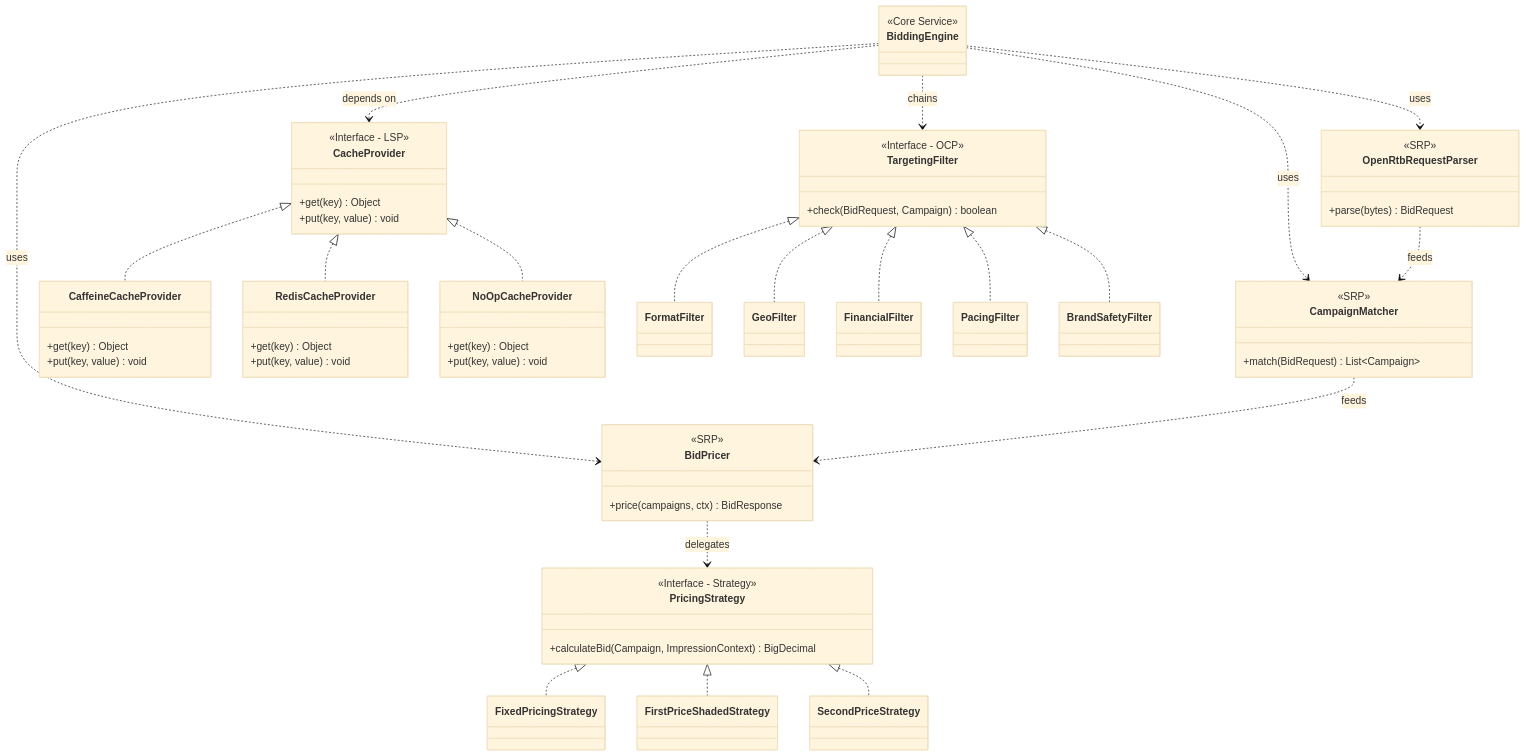
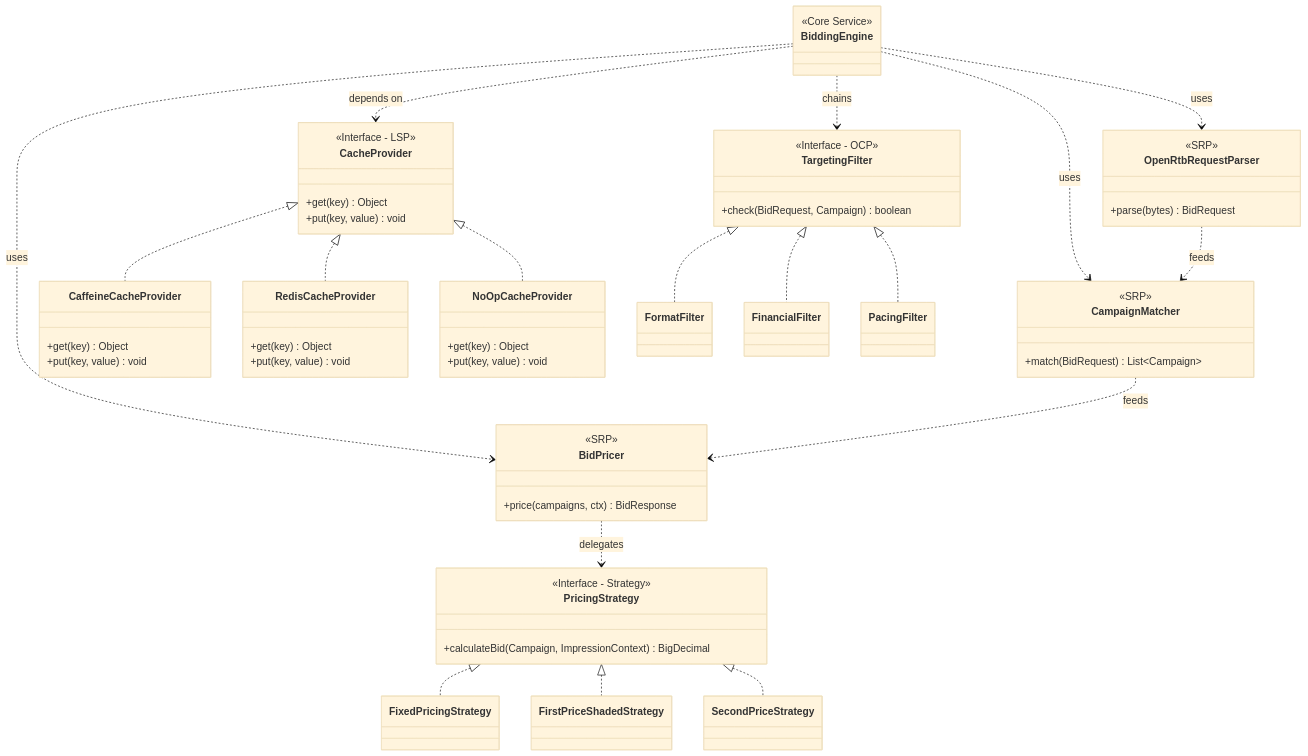
Before and after one commit to parthu-reddy/BiddingEngine: the sixth of 7 diagrams in README.md, drawn with Mermaid (base theme). The commit also changed other lines of this file and 26 other files, not shown here.

```diff
--- a/README.md
+++ b/README.md
@@ -332,10 +343,8 @@
     }
 
     class FormatFilter
-    class GeoFilter
     class FinancialFilter
     class PacingFilter
-    class BrandSafetyFilter
 
     class PricingStrategy {
         <<Interface - Strategy>>
@@ -351,10 +360,8 @@
     CacheProvider <|.. NoOpCacheProvider
 
     TargetingFilter <|.. FormatFilter
-    TargetingFilter <|.. GeoFilter
     TargetingFilter <|.. FinancialFilter
     TargetingFilter <|.. PacingFilter
-    TargetingFilter <|.. BrandSafetyFilter
 
     PricingStrategy <|.. FixedPricingStrategy
     PricingStrategy <|.. FirstPriceShadedStrategy
```
